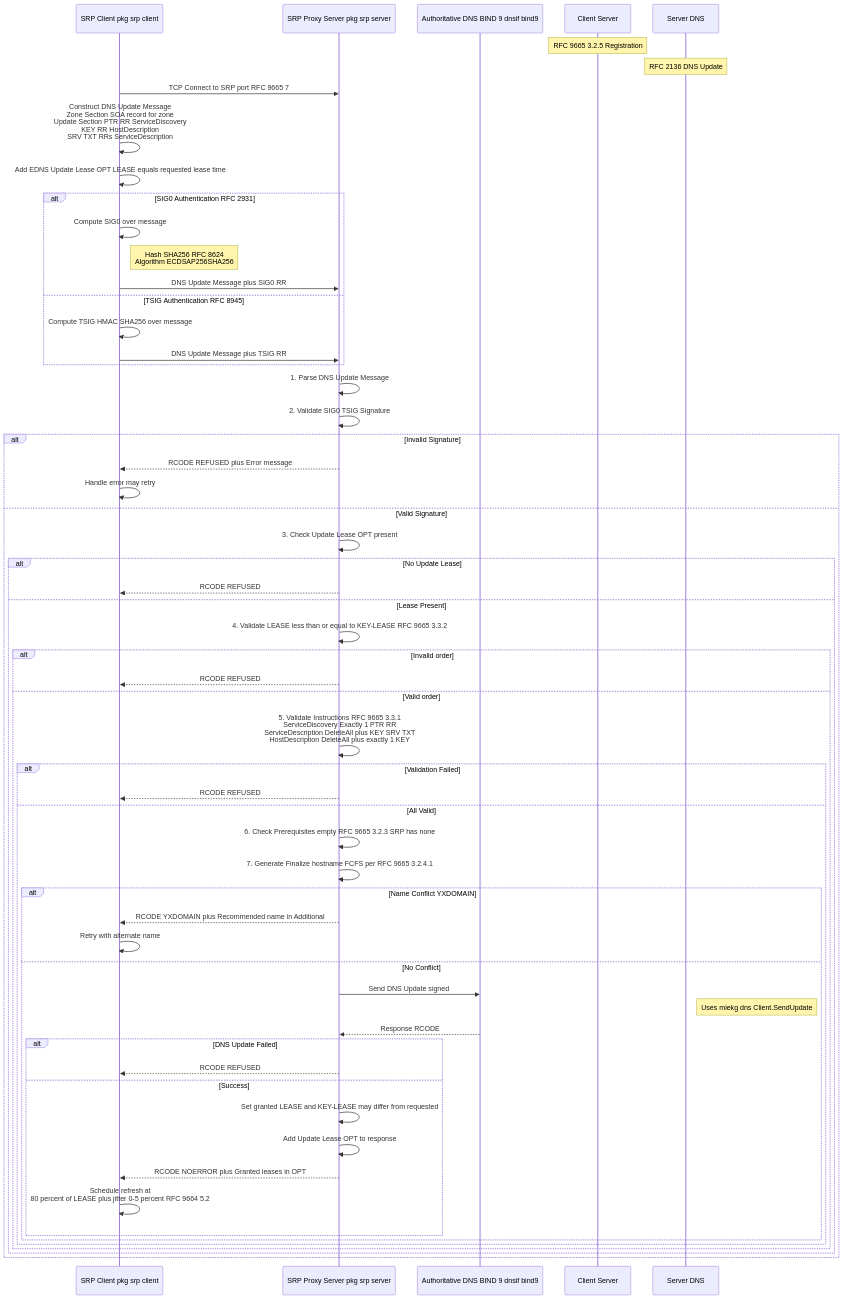
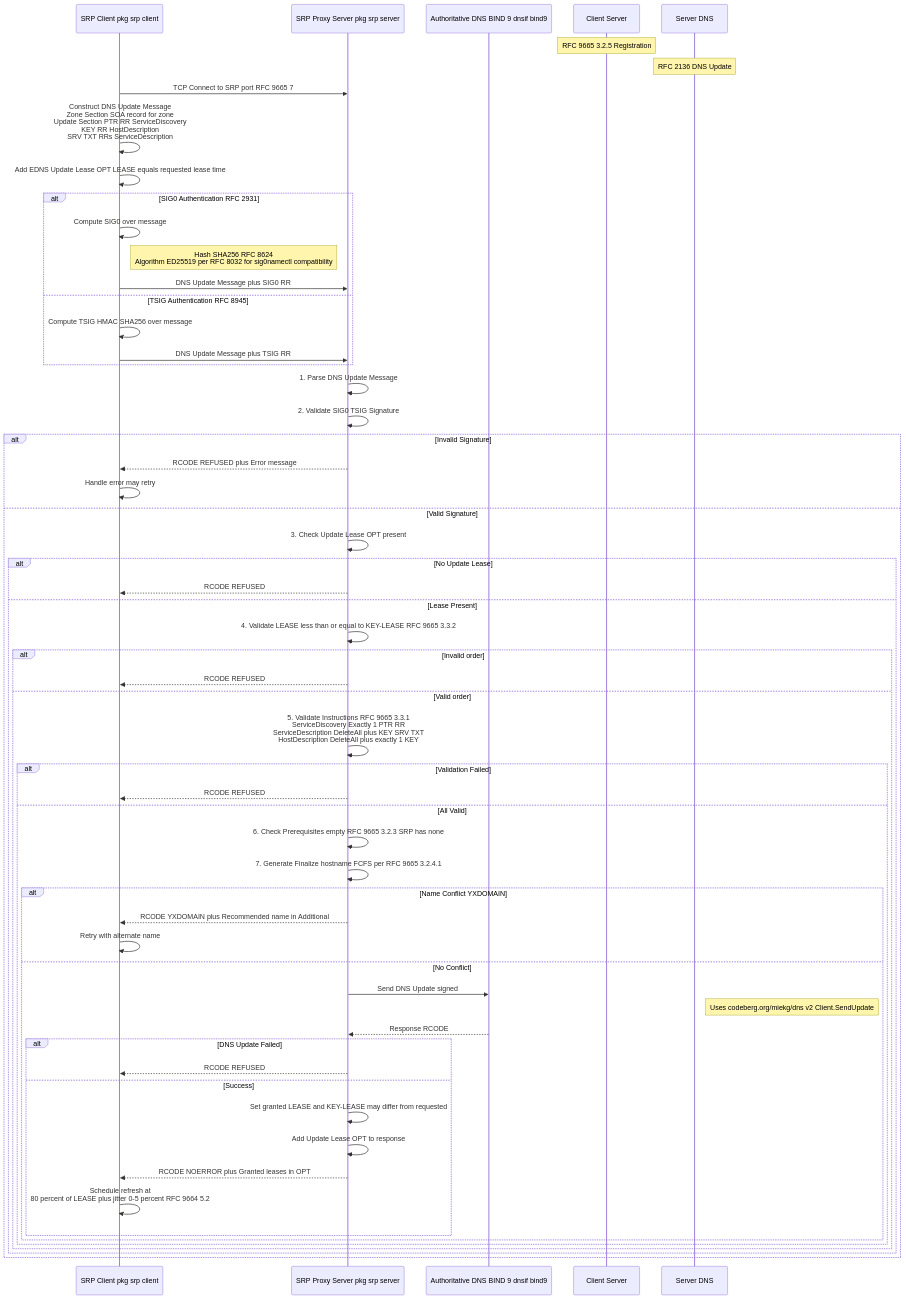
Before and after one commit to NetworkCommons/sig0lease: the diagram in diagrams/registration-flow.md, drawn with Mermaid. The commit also changed 8 other files, not shown here.

Commit message:
Trying to address: - quotes miekg dns module v1 on github, should be v2 https://codeberg.org/miekg/dns for forward sustainability - mentions ECDSAP256SHA256 for SIG0 should be ED25519 keypairs for sig0namectl compat.

````diff
--- a/diagrams/registration-flow.md
+++ b/diagrams/registration-flow.md
@@ -6,78 +6,78 @@
 ```mermaid
 sequenceDiagram
     participant Client as SRP Client pkg srp client
     participant Server as SRP Proxy Server pkg srp server
     participant DNS as Authoritative DNS BIND 9 dnsif bind9
 
     Note over Client Server: RFC 9665 3.2.5 Registration
     Note over Server DNS: RFC 2136 DNS Update
 
     %% Connection Setup
     Client->>Server: TCP Connect to SRP port RFC 9665 7
 
     %% Step 1: Build Update Message
     Client->>Client: Construct DNS Update Message<br/>Zone Section SOA record for zone<br/>Update Section PTR RR ServiceDiscovery<br/>KEY RR HostDescription<br/>SRV TXT RRs ServiceDescription
     Client->>Client: Add EDNS Update Lease OPT LEASE equals requested lease time
 
     %% Step 2: Sign Message
     alt SIG0 Authentication RFC 2931
         Client->>Client: Compute SIG0 over message
-        Note right of Client: Hash SHA256 RFC 8624<br/>Algorithm ECDSAP256SHA256
+        Note right of Client: Hash SHA256 RFC 8624<br/>Algorithm ED25519 per RFC 8032 for sig0namectl compatibility
         Client->>Server: DNS Update Message plus SIG0 RR
     else TSIG Authentication RFC 8945
         Client->>Client: Compute TSIG HMAC SHA256 over message
         Client->>Server: DNS Update Message plus TSIG RR
     end
 
     %% Step 3: Server Validation
     Server->>Server: 1. Parse DNS Update Message
     Server->>Server: 2. Validate SIG0 TSIG Signature
     alt Invalid Signature
         Server-->>Client: RCODE REFUSED plus Error message
         Client->>Client: Handle error may retry
     else Valid Signature
         Server->>Server: 3. Check Update Lease OPT present
         alt No Update Lease
             Server-->>Client: RCODE REFUSED
         else Lease Present
             Server->>Server: 4. Validate LEASE less than or equal to KEY-LEASE RFC 9665 3.3.2
             alt Invalid order
                 Server-->>Client: RCODE REFUSED
             else Valid order
                 Server->>Server: 5. Validate Instructions RFC 9665 3.3.1<br/>ServiceDiscovery Exactly 1 PTR RR<br/>ServiceDescription DeleteAll plus KEY SRV TXT<br/>HostDescription DeleteAll plus exactly 1 KEY
 
                 alt Validation Failed
                     Server-->>Client: RCODE REFUSED
                 else All Valid
                     Server->>Server: 6. Check Prerequisites empty RFC 9665 3.2.3 SRP has none
 
                     %% Step 4: FCFS Name Generation
                     Server->>Server: 7. Generate Finalize hostname FCFS per RFC 9665 3.2.4.1
 
                     alt Name Conflict YXDOMAIN
                         Server-->>Client: RCODE YXDOMAIN plus Recommended name in Additional
                         Client->>Client: Retry with alternate name
                     else No Conflict
                         %% Step 5: Forward to DNS Server
                         Server->>DNS: Send DNS Update signed
-                        Note right of Server DNS: Uses miekg dns Client.SendUpdate
+                         Note right of Server DNS: Uses codeberg.org/miekg/dns v2 Client.SendUpdate
 
                         DNS-->>Server: Response RCODE
 
                         alt DNS Update Failed
                             Server-->>Client: RCODE REFUSED
                         else Success
                             %% Step 6: Send Response with Lease OPT
                             Server->>Server: Set granted LEASE and KEY-LEASE may differ from requested
                             Server->>Server: Add Update Lease OPT to response
                             Server-->>Client: RCODE NOERROR plus Granted leases in OPT
 
                             %% Step 7: Client Schedules Refresh
                             Client->>Client: Schedule refresh at<br/>80 percent of LEASE plus jitter 0-5 percent RFC 9664 5.2
                         end
                     end
                 end
             end
         end
     end
 ```
````
